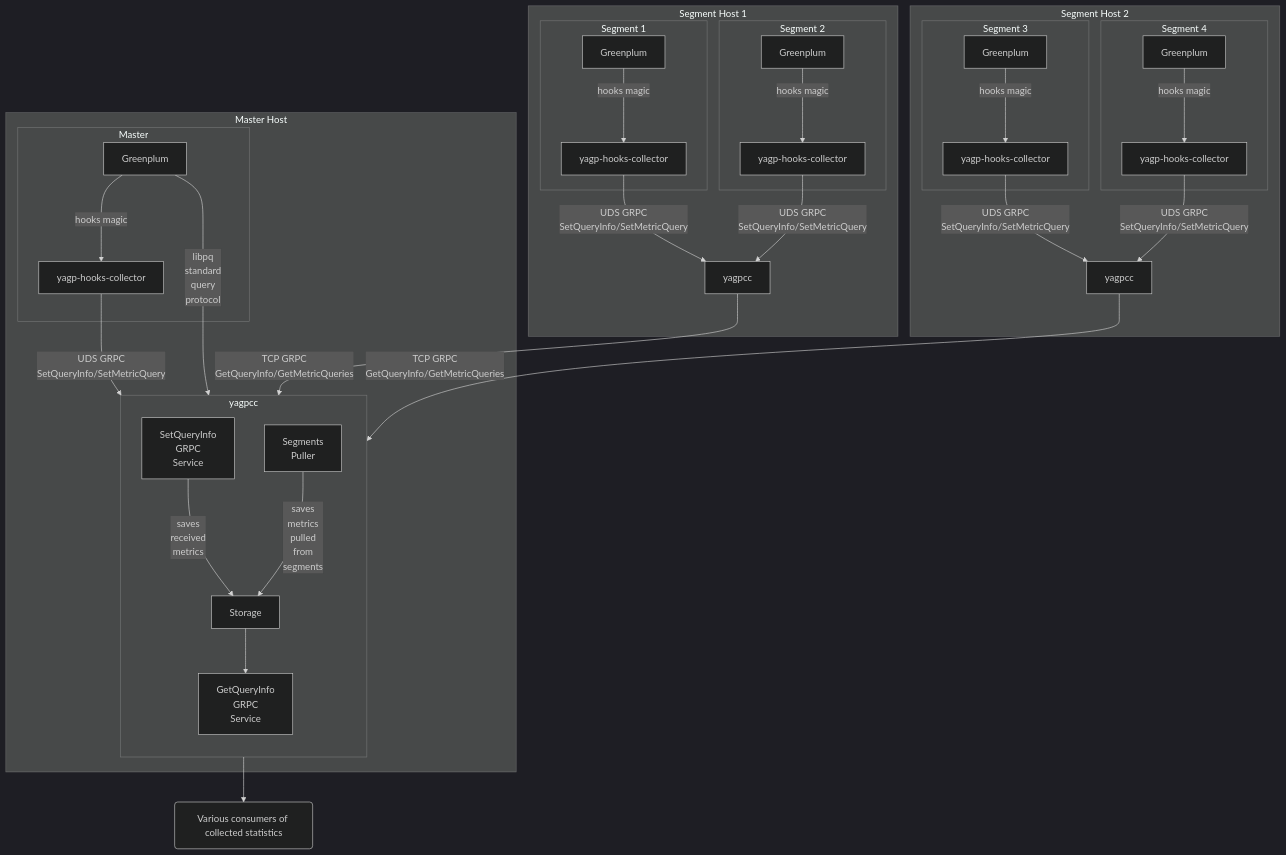
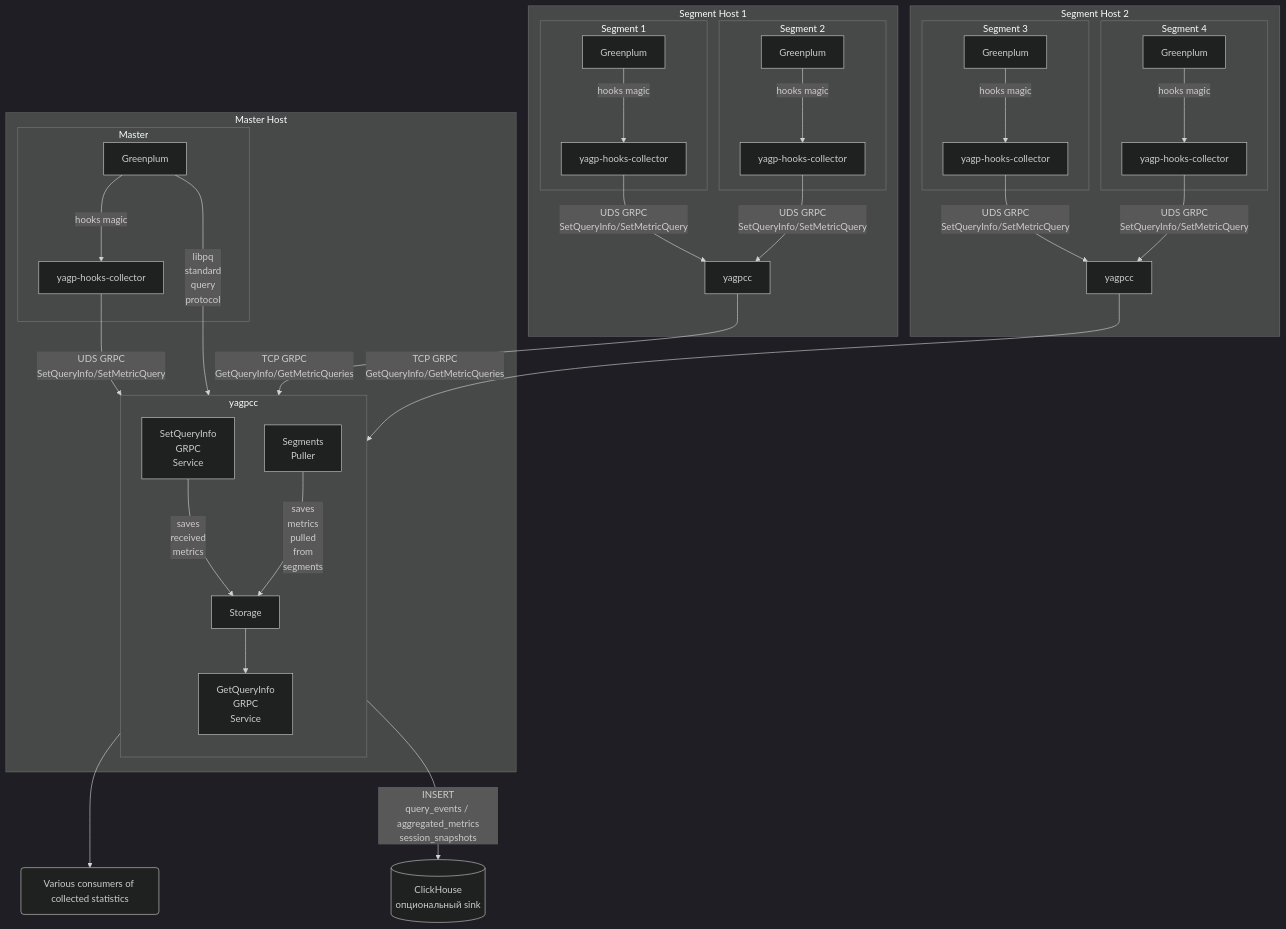
Before and after one commit to open-gpdb/yagpcc: the diagram in docs/architecture-ru.md, drawn with Mermaid (dark theme). The commit also changed other lines of this file and 45 other files, not shown here.

First line of the commit message:
feat: ClickHouse sink for query history, aggregated metrics and session snapshots

````diff
--- a/docs/architecture-ru.md
+++ b/docs/architecture-ru.md
@@ -54,76 +54,78 @@
 ```mermaid
 flowchart TB
     subgraph SegmentHostA[Segment Host 1]
         subgraph Segment01[Segment 1]
             Greenplum01[Greenplum]
             YagpHooksCollector01[yagp-hooks-collector]
 
             Greenplum01 --hooks magic--> YagpHooksCollector01
         end
 
         subgraph Segment02[Segment 2]
             Greenplum02[Greenplum]
             YagpHooksCollector02[yagp-hooks-collector]
 
             Greenplum02 --hooks magic--> YagpHooksCollector02
         end
 
         SegmentHostAYagpcc[yagpcc]
 
         YagpHooksCollector01 --UDS GRPC<br>SetQueryInfo/SetMetricQuery--> SegmentHostAYagpcc
         YagpHooksCollector02 --UDS GRPC<br>SetQueryInfo/SetMetricQuery--> SegmentHostAYagpcc
     end
 
     subgraph SegmentHostB[Segment Host 2]
         subgraph Segment03[Segment 3]
             Greenplum03[Greenplum]
             YagpHooksCollector03[yagp-hooks-collector]
 
             Greenplum03 --hooks magic--> YagpHooksCollector03
         end
 
         subgraph Segment04[Segment 4]
             Greenplum04[Greenplum]
             YagpHooksCollector04[yagp-hooks-collector]
 
             Greenplum04 --hooks magic--> YagpHooksCollector04
         end
 
         SegmentHostBYagpcc[yagpcc]
 
         YagpHooksCollector03 --UDS GRPC<br>SetQueryInfo/SetMetricQuery--> SegmentHostBYagpcc
         YagpHooksCollector04 --UDS GRPC<br>SetQueryInfo/SetMetricQuery--> SegmentHostBYagpcc
     end
 
     subgraph MasterHost[Master Host]
         subgraph Master
             Greenplum[Greenplum]
             YagpHooksCollector[yagp-hooks-collector]
 
             Greenplum --hooks magic--> YagpHooksCollector
         end
 
         subgraph yagpcc
             direction TB
 
             YagpccSetQueryInfo[SetQueryInfo<br>GRPC<br>Service]
             YagpccStorage[Storage]
             YagpccSegmentPuller[Segments<br>Puller]
             YagpccGetQueryInfo[GetQueryInfo<br>GRPC<br>Service]
 
             YagpccSetQueryInfo --saves<br>received<br>metrics--> YagpccStorage
             YagpccSegmentPuller --saves<br>metrics<br>pulled<br>from<br>segments--> YagpccStorage
             YagpccStorage --> YagpccGetQueryInfo
         end
 
         YagpHooksCollector --UDS GRPC<br>SetQueryInfo/SetMetricQuery--> yagpcc
         Greenplum --libpq<br>standard<br>query<br>protocol--> yagpcc
     end
 
     SegmentHostAYagpcc --TCP GRPC<br>GetQueryInfo/GetMetricQueries--> yagpcc
     SegmentHostBYagpcc --TCP GRPC<br>GetQueryInfo/GetMetricQueries--> yagpcc
 
     StatsConsumer(Various consumers of collected statistics)
+    ClickHouse[(ClickHouse<br>опциональный sink)]
 
     yagpcc --> StatsConsumer
+    yagpcc --INSERT<br>query_events / aggregated_metrics<br>session_snapshots--> ClickHouse
 ```
````
